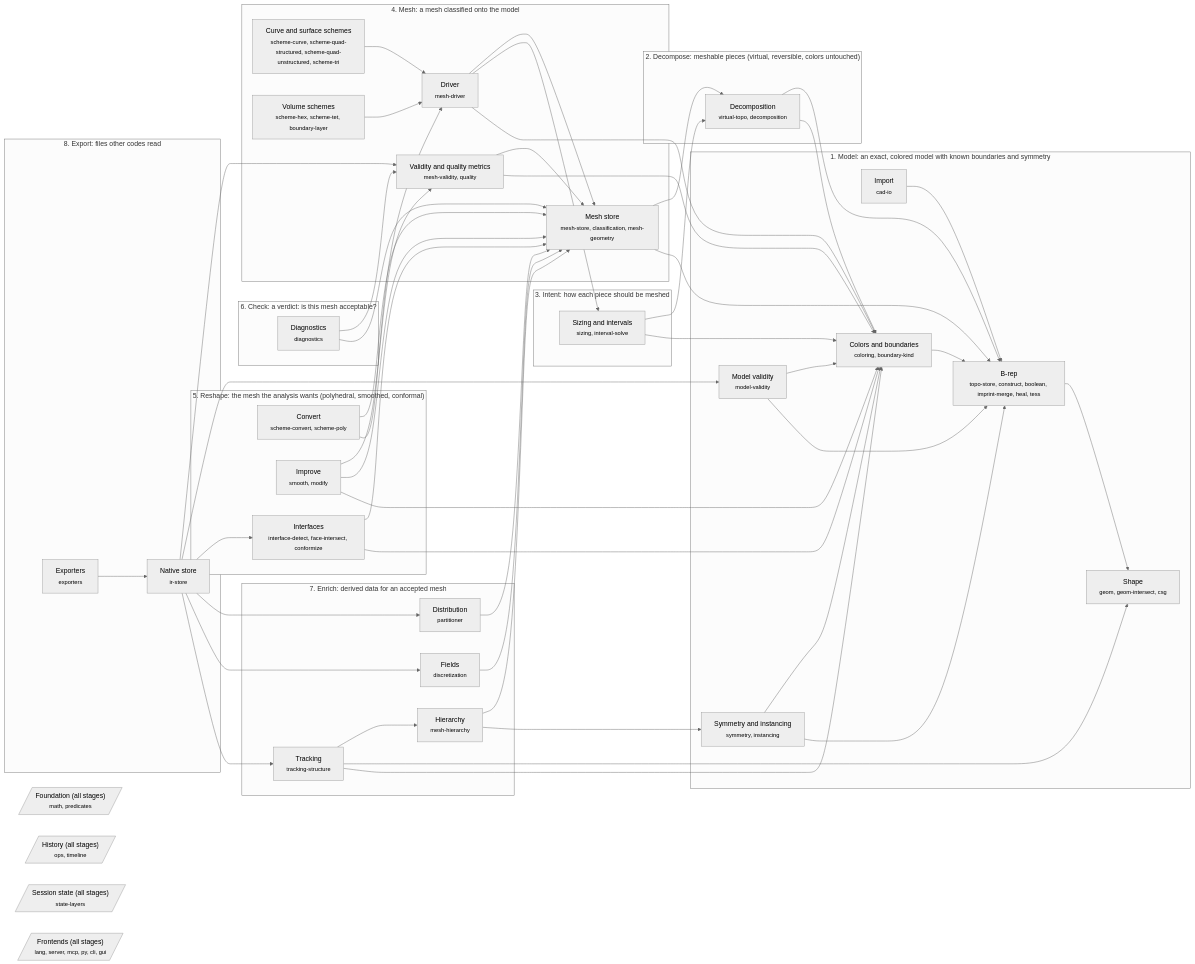
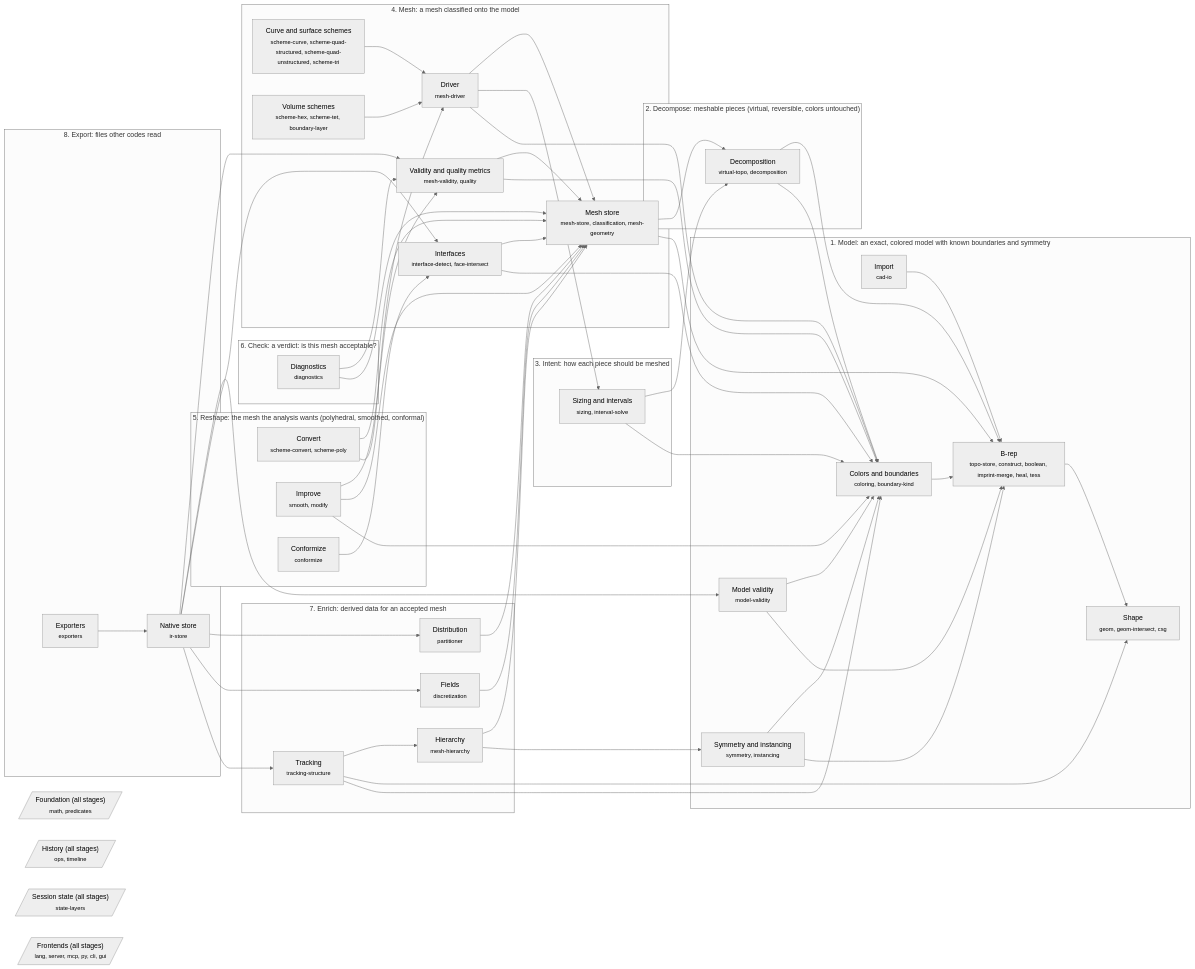
One commit to deOliveira-R/smart-mesher changed the diagram in docs/graph/stages.mmd. Above: the diagram before and after it, drawn with Mermaid (neutral theme). The commit also changed 3 other files, not shown here.

First line of the commit message:
graph: interface detection and overlaps in Mesh, conformize in Reshape; poly node summary

```diff
--- a/docs/graph/stages.mmd
+++ b/docs/graph/stages.mmd
@@ -1,87 +1,89 @@
 graph LR
   subgraph model["1. Model: an exact, colored model with known boundaries and symmetry"]
     g_import["Import<br/><small>cad-io</small>"]
     g_shape["Shape<br/><small>geom, geom-intersect, csg</small>"]
     g_brep["B-rep<br/><small>topo-store, construct, boolean, imprint-merge, heal, tess</small>"]
     g_meaning["Colors and boundaries<br/><small>coloring, boundary-kind</small>"]
     g_symmetry["Symmetry and instancing<br/><small>symmetry, instancing</small>"]
     g_model_validity["Model validity<br/><small>model-validity</small>"]
   end
   subgraph decompose["2. Decompose: meshable pieces (virtual, reversible, colors untouched)"]
     g_decomposition["Decomposition<br/><small>virtual-topo, decomposition</small>"]
   end
   subgraph intent["3. Intent: how each piece should be meshed"]
     g_sizing["Sizing and intervals<br/><small>sizing, interval-solve</small>"]
   end
   subgraph mesh["4. Mesh: a mesh classified onto the model"]
     g_mesh_db["Mesh store<br/><small>mesh-store, classification, mesh-geometry</small>"]
     g_driver["Driver<br/><small>mesh-driver</small>"]
     g_schemes2["Curve and surface schemes<br/><small>scheme-curve, scheme-quad-structured, scheme-quad-unstructured, scheme-tri</small>"]
     g_schemes3["Volume schemes<br/><small>scheme-hex, scheme-tet, boundary-layer</small>"]
     g_measure["Validity and quality metrics<br/><small>mesh-validity, quality</small>"]
+    g_interfaces["Interfaces<br/><small>interface-detect, face-intersect</small>"]
   end
   subgraph reshape["5. Reshape: the mesh the analysis wants (polyhedral, smoothed, conformal)"]
     g_convert["Convert<br/><small>scheme-convert, scheme-poly</small>"]
     g_improve["Improve<br/><small>smooth, modify</small>"]
-    g_interfaces["Interfaces<br/><small>interface-detect, face-intersect, conformize</small>"]
+    g_conformize["Conformize<br/><small>conformize</small>"]
   end
   subgraph check["6. Check: a verdict: is this mesh acceptable?"]
     g_verdict["Diagnostics<br/><small>diagnostics</small>"]
   end
   subgraph enrich["7. Enrich: derived data for an accepted mesh"]
     g_hierarchy["Hierarchy<br/><small>mesh-hierarchy</small>"]
     g_tracking["Tracking<br/><small>tracking-structure</small>"]
     g_distribution["Distribution<br/><small>partitioner</small>"]
     g_fields["Fields<br/><small>discretization</small>"]
   end
   subgraph export["8. Export: files other codes read"]
     g_store["Native store<br/><small>ir-store</small>"]
     g_exporters["Exporters<br/><small>exporters</small>"]
   end
   s_foundation[/"Foundation (all stages)<br/><small>math, predicates</small>"/]
   s_history[/"History (all stages)<br/><small>ops, timeline</small>"/]
   s_state[/"Session state (all stages)<br/><small>state-layers</small>"/]
   s_frontends[/"Frontends (all stages)<br/><small>lang, server, mcp, py, cli, gui</small>"/]
   g_brep --> g_shape
   g_decomposition --> g_brep
   g_meaning --> g_brep
   g_symmetry --> g_meaning
   g_model_validity --> g_meaning
   g_model_validity --> g_brep
   g_symmetry --> g_brep
   g_decomposition --> g_meaning
   g_sizing --> g_decomposition
   g_sizing --> g_meaning
   g_mesh_db --> g_decomposition
   g_mesh_db --> g_brep
   g_hierarchy --> g_mesh_db
   g_hierarchy --> g_symmetry
   g_measure --> g_mesh_db
   g_measure --> g_meaning
   g_driver --> g_mesh_db
   g_driver --> g_sizing
   g_driver --> g_meaning
   g_schemes2 --> g_driver
   g_schemes3 --> g_driver
   g_convert --> g_mesh_db
   g_convert --> g_driver
   g_improve --> g_measure
   g_verdict --> g_measure
   g_verdict --> g_mesh_db
   g_improve --> g_mesh_db
   g_improve --> g_meaning
   g_interfaces --> g_mesh_db
   g_interfaces --> g_meaning
+  g_conformize --> g_interfaces
   g_tracking --> g_hierarchy
   g_tracking --> g_shape
   g_tracking --> g_meaning
   g_distribution --> g_mesh_db
   g_fields --> g_mesh_db
   g_store --> g_measure
   g_store --> g_model_validity
   g_store --> g_interfaces
   g_store --> g_distribution
   g_store --> g_fields
   g_store --> g_tracking
   g_import --> g_brep
   g_exporters --> g_store
```
